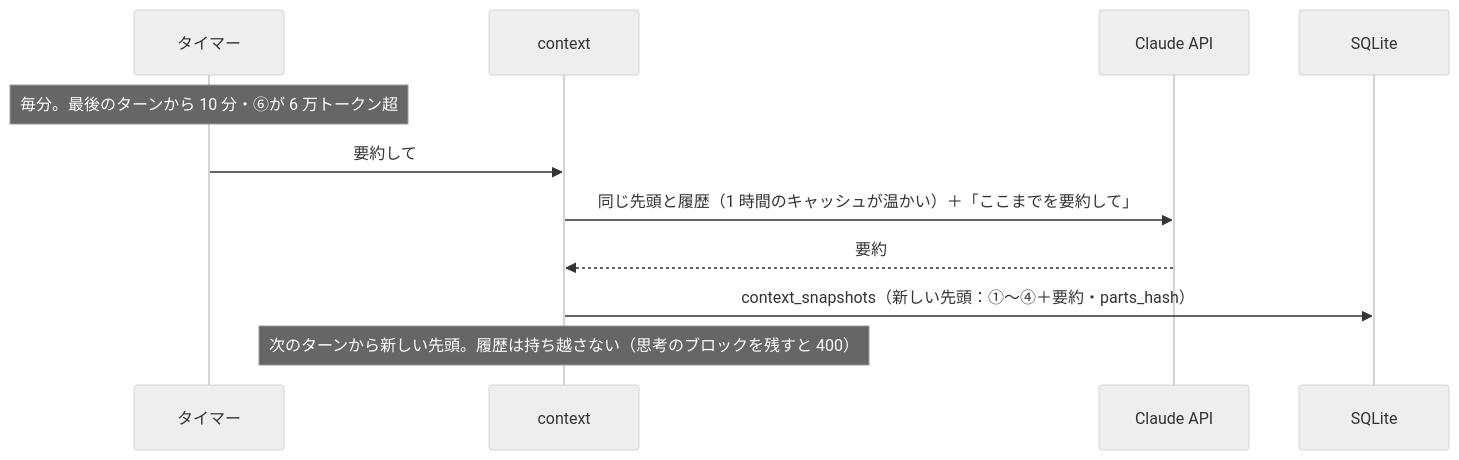
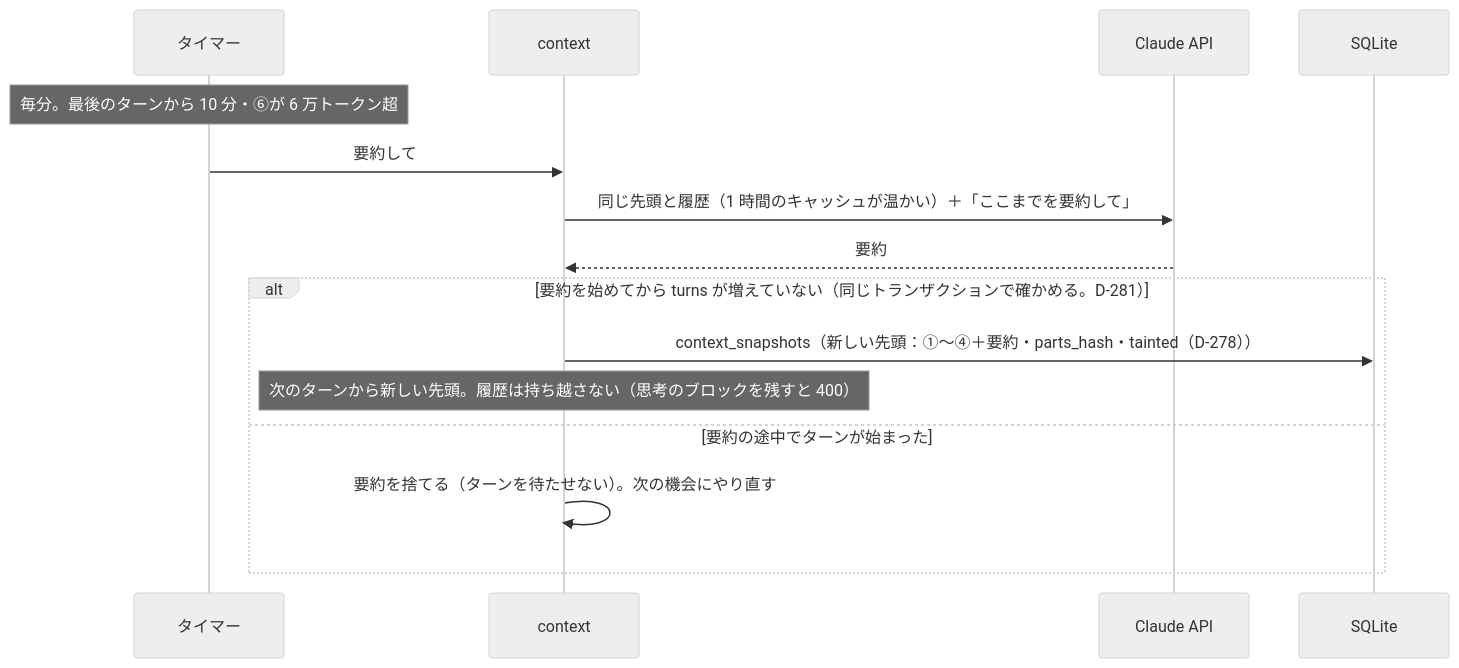
Before and after one commit to itiwoja/agent-team: the sixth of 13 diagrams in docs/design/10_diagrams/sequences.md, drawn with Mermaid (neutral theme). The commit also changed other lines of this file and 32 other files, not shown here.

````diff
--- a/docs/design/10_diagrams/sequences.md
+++ b/docs/design/10_diagrams/sequences.md
@@ -118,13 +120,17 @@
 ```mermaid
 sequenceDiagram
  participant TM as タイマー
  participant CTX as context
  participant C as Claude API
  participant DB as SQLite
  Note over TM: 毎分。最後のターンから 10 分・⑥が 6 万トークン超
  TM->>CTX: 要約して
  CTX->>C: 同じ先頭と履歴（1 時間のキャッシュが温かい）＋「ここまでを要約して」
  C-->>CTX: 要約
- CTX->>DB: context_snapshots（新しい先頭：①〜④＋要約・parts_hash）
- Note over CTX: 次のターンから新しい先頭。履歴は持ち越さない（思考のブロックを残すと 400）
+ alt 要約を始めてから turns が増えていない（同じトランザクションで確かめる。D-281）
+  CTX->>DB: context_snapshots（新しい先頭：①〜④＋要約・parts_hash・tainted（D-278））
+  Note over CTX: 次のターンから新しい先頭。履歴は持ち越さない（思考のブロックを残すと 400）
+ else 要約の途中でターンが始まった
+  CTX->>CTX: 要約を捨てる（ターンを待たせない）。次の機会にやり直す
+ end
 ```
````
